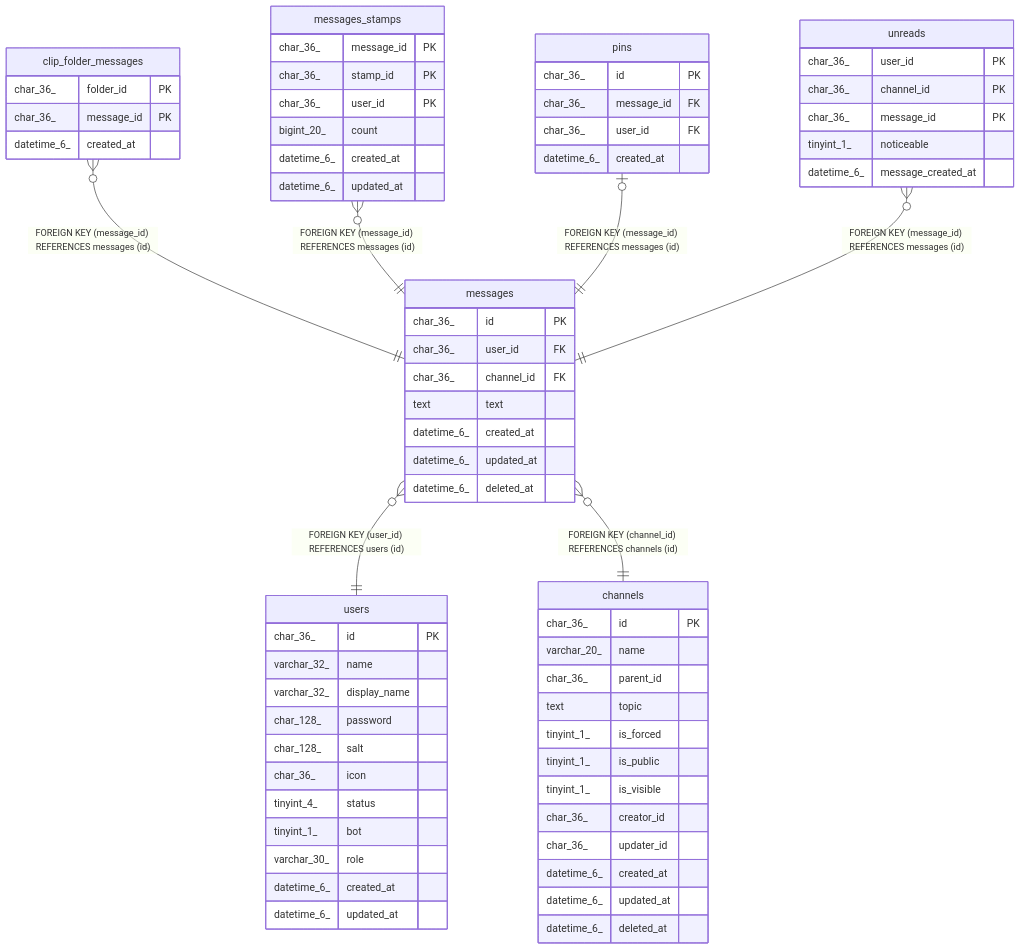
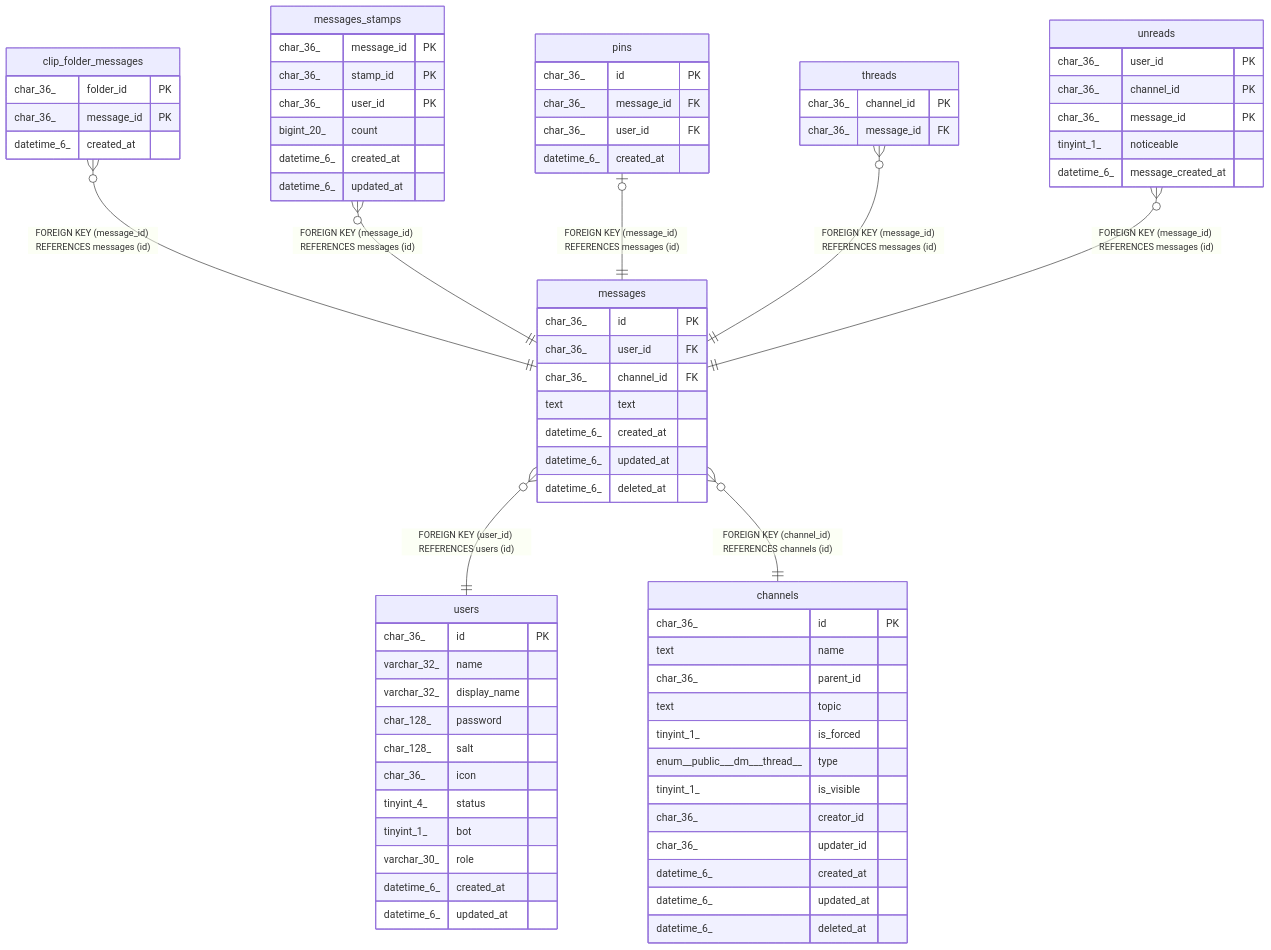
Before and after one commit to traPtitech/traQ: the diagram in docs/dbSchema/messages.md, drawn with Mermaid. The commit also changed other lines of this file and 13 other files, not shown here.

````diff
--- a/docs/dbSchema/messages.md
+++ b/docs/dbSchema/messages.md
@@ -65,73 +65,78 @@
 ```mermaid
 erDiagram
 
 "clip_folder_messages" }o--|| "messages" : "FOREIGN KEY (message_id) REFERENCES messages (id)"
 "messages_stamps" }o--|| "messages" : "FOREIGN KEY (message_id) REFERENCES messages (id)"
 "pins" |o--|| "messages" : "FOREIGN KEY (message_id) REFERENCES messages (id)"
+"threads" }o--|| "messages" : "FOREIGN KEY (message_id) REFERENCES messages (id)"
 "unreads" }o--|| "messages" : "FOREIGN KEY (message_id) REFERENCES messages (id)"
 "messages" }o--|| "users" : "FOREIGN KEY (user_id) REFERENCES users (id)"
 "messages" }o--|| "channels" : "FOREIGN KEY (channel_id) REFERENCES channels (id)"
 
 "messages" {
   char_36_ id PK
   char_36_ user_id FK
   char_36_ channel_id FK
   text text
   datetime_6_ created_at
   datetime_6_ updated_at
   datetime_6_ deleted_at
 }
 "clip_folder_messages" {
   char_36_ folder_id PK
   char_36_ message_id PK
   datetime_6_ created_at
 }
 "messages_stamps" {
   char_36_ message_id PK
   char_36_ stamp_id PK
   char_36_ user_id PK
   bigint_20_ count
   datetime_6_ created_at
   datetime_6_ updated_at
 }
 "pins" {
   char_36_ id PK
   char_36_ message_id FK
   char_36_ user_id FK
   datetime_6_ created_at
 }
+"threads" {
+  char_36_ channel_id PK
+  char_36_ message_id FK
+}
 "unreads" {
   char_36_ user_id PK
   char_36_ channel_id PK
   char_36_ message_id PK
   tinyint_1_ noticeable
   datetime_6_ message_created_at
 }
 "users" {
   char_36_ id PK
   varchar_32_ name
   varchar_32_ display_name
   char_128_ password
   char_128_ salt
   char_36_ icon
   tinyint_4_ status
   tinyint_1_ bot
   varchar_30_ role
   datetime_6_ created_at
   datetime_6_ updated_at
 }
 "channels" {
   char_36_ id PK
-  varchar_20_ name
+  text name
   char_36_ parent_id
   text topic
   tinyint_1_ is_forced
-  tinyint_1_ is_public
+  enum__public___dm___thread__ type
   tinyint_1_ is_visible
   char_36_ creator_id
   char_36_ updater_id
   datetime_6_ created_at
   datetime_6_ updated_at
   datetime_6_ deleted_at
 }
 ```
````
